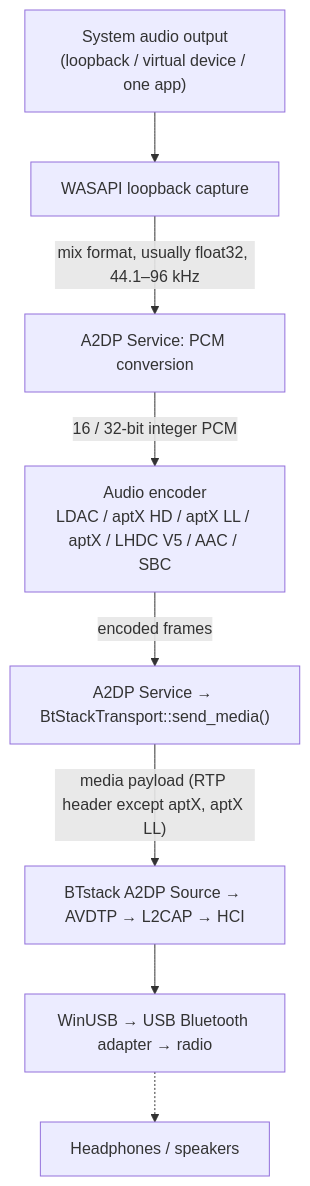
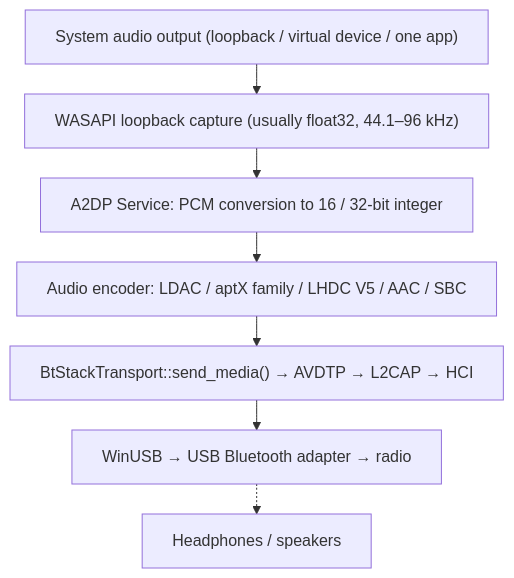
One commit to SeiyaFunaokaJP/A2DP-Windows-Bridge changed the third of 4 diagrams in docs/architecture.md. Above: the diagram before and after it, drawn with Mermaid. The commit also changed other lines of this file and 5 other files, not shown here.

First line of the commit message:
docs: keep Mermaid diagram labels on one line

````diff
--- a/docs/architecture.md
+++ b/docs/architecture.md
@@ -160,18 +159,16 @@
 ```mermaid
+---
+config:
+  flowchart:
+    wrappingWidth: 480
+    rankSpacing: 30
+---
 flowchart TD
-    out["System audio output<br/>(loopback / virtual device / one app)"]
-    cap["WASAPI loopback capture"]
-    conv["A2DP Service: PCM conversion"]
-    enc["Audio encoder<br/>LDAC / aptX HD / aptX LL / aptX / LHDC V5 / AAC / SBC"]
-    send["A2DP Service → BtStackTransport::send_media()"]
-    stack["BTstack A2DP Source → AVDTP → L2CAP → HCI"]
-    usb["WinUSB → USB Bluetooth adapter → radio"]
-    hp["Headphones / speakers"]
-    out --> cap
-    cap -- "mix format, usually float32, 44.1–96 kHz" --> conv
-    conv -- "16 / 32-bit integer PCM" --> enc
-    enc -- "encoded frames" --> send
-    send -- "media payload (RTP header except aptX, aptX LL)" --> stack
-    stack --> usb
-    usb -.-> hp
+    out["System audio output (loopback / virtual device / one app)"]
+    out --> cap["WASAPI loopback capture (usually float32, 44.1–96 kHz)"]
+    cap --> conv["A2DP Service: PCM conversion to 16 / 32-bit integer"]
+    conv --> enc["Audio encoder: LDAC / aptX family / LHDC V5 / AAC / SBC"]
+    enc --> stack["BtStackTransport::send_media() → AVDTP → L2CAP → HCI"]
+    stack --> usb["WinUSB → USB Bluetooth adapter → radio"]
+    usb -.-> hp["Headphones / speakers"]
 ```
````
